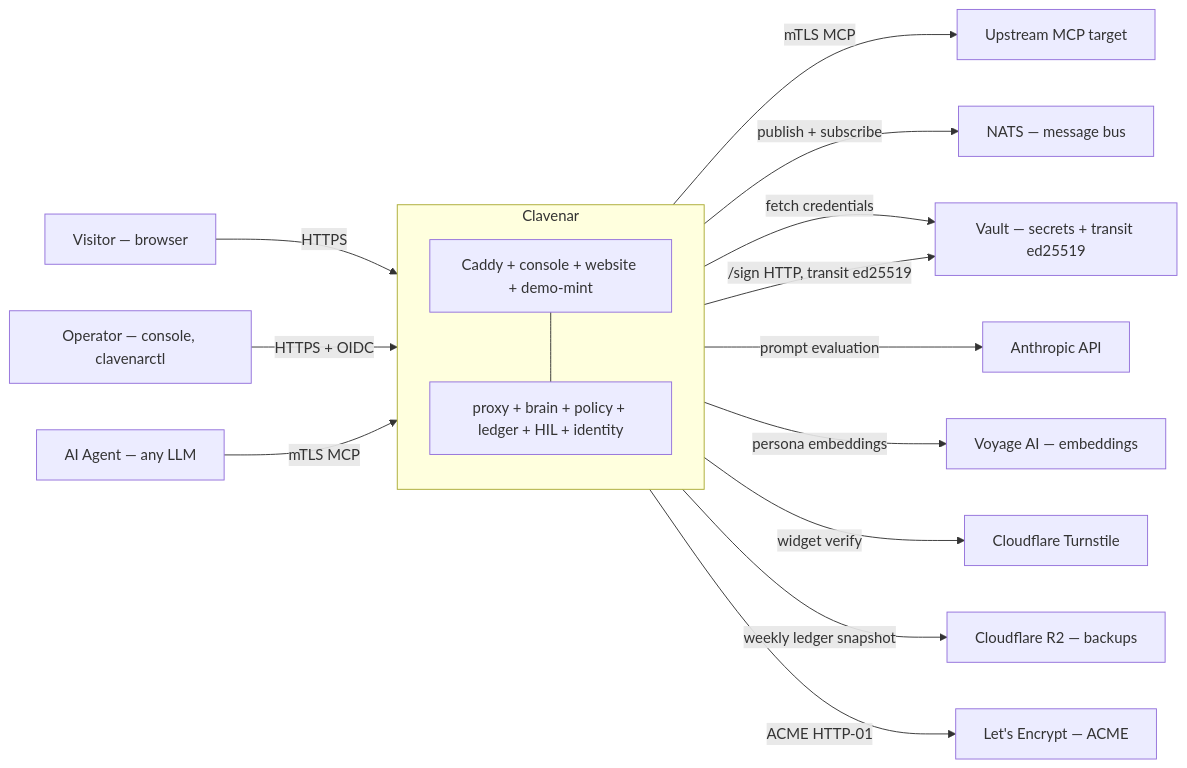
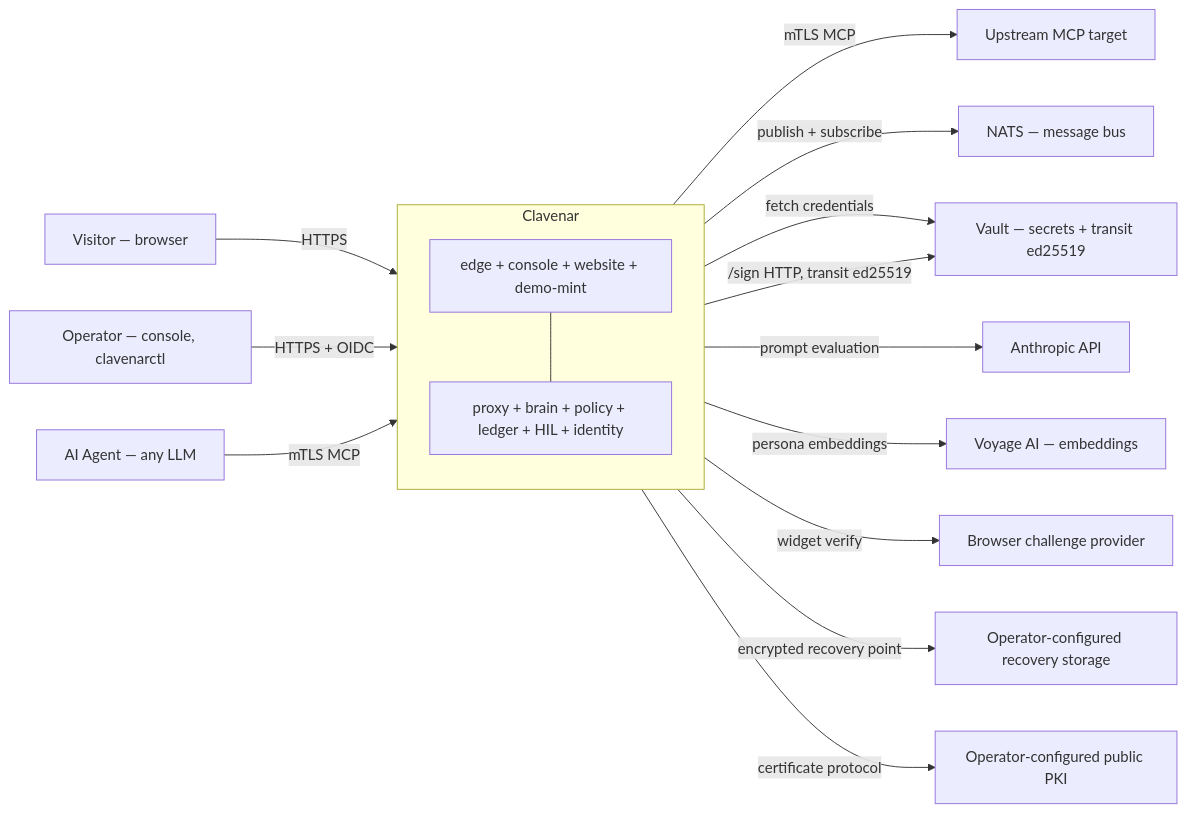
Before and after one commit to clavenar/clavenar-specs: the first of 5 diagrams in docs/ARCHITECTURE.md, drawn with Mermaid. The commit also changed other lines of this file and 5 other files, not shown here.

````diff
--- a/docs/ARCHITECTURE.md
+++ b/docs/ARCHITECTURE.md
@@ -22,37 +22,37 @@
 ```mermaid
 flowchart LR
   Visitor[Visitor — browser]
   Operator[Operator — console, clavenarctl]
   Agent[AI Agent — any LLM]
   Upstream[Upstream MCP target]
 
   subgraph Clavenar[Clavenar]
     direction TB
-    Edge[Caddy + console + website + demo-mint]
+    Edge[edge + console + website + demo-mint]
     Core[proxy + brain + policy + ledger + HIL + identity]
   end
 
   NATS[NATS — message bus]
   Vault[Vault — secrets + transit ed25519]
   Anthropic[Anthropic API]
   Voyage[Voyage AI — embeddings]
-  Turnstile[Cloudflare Turnstile]
-  R2[Cloudflare R2 — backups]
-  LE[Let's Encrypt — ACME]
+  Challenge[Browser challenge provider]
+  Recovery[Operator-configured recovery storage]
+  PKI[Operator-configured public PKI]
 
   Visitor -->|HTTPS| Edge
   Operator -->|HTTPS + OIDC| Edge
   Agent -->|mTLS MCP| Core
   Core -->|mTLS MCP| Upstream
 
   Edge --- Core
 
   Core -->|publish + subscribe| NATS
   Core -->|fetch credentials| Vault
   Core -->|/sign HTTP, transit ed25519| Vault
   Core -->|prompt evaluation| Anthropic
   Core -->|persona embeddings| Voyage
-  Edge -->|widget verify| Turnstile
-  Edge -->|weekly ledger snapshot| R2
-  Edge -->|ACME HTTP-01| LE
+  Edge -->|widget verify| Challenge
+  Edge -->|encrypted recovery point| Recovery
+  Edge -->|certificate protocol| PKI
 ```
````
